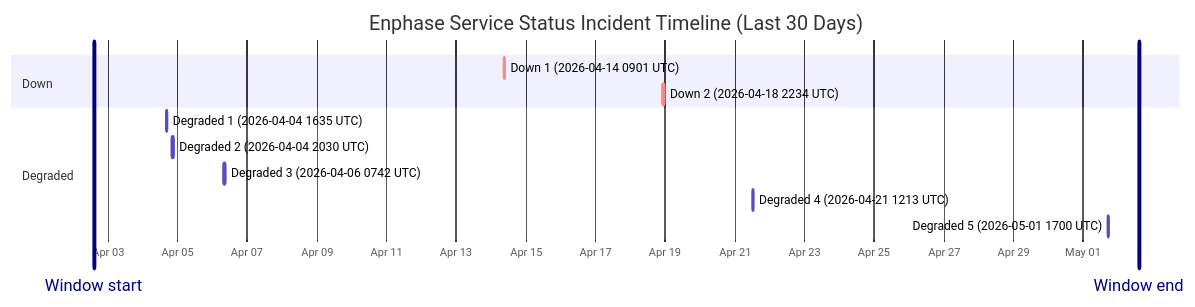
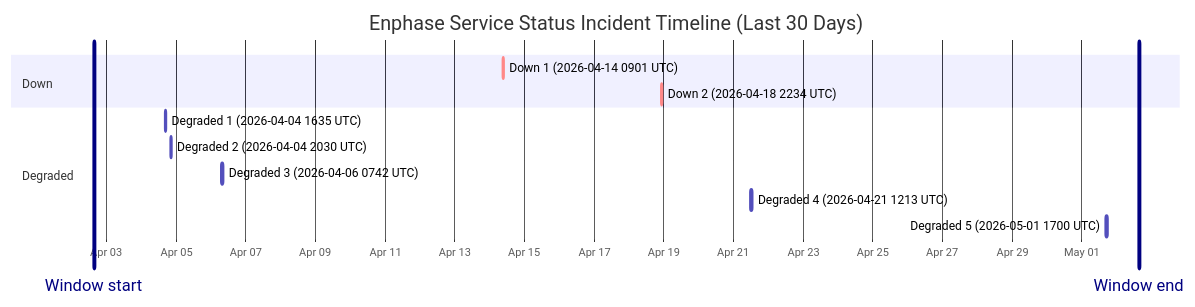
One commit to barneyonline/ha-enphase-ev-charger changed the diagram in wiki/Service-Status-History.md. Above: the diagram before and after it, drawn with Mermaid. The commit also changed other lines of this file and 3 other files, not shown here.

````diff
--- a/wiki/Service-Status-History.md
+++ b/wiki/Service-Status-History.md
@@ -14,17 +14,17 @@
 ```mermaid
 gantt
     title Enphase Service Status Incident Timeline (Last 30 Days)
     dateFormat  YYYY-MM-DDTHH:mm:ss
     axisFormat  %b %d
-    Window start :vert, window-start, 2026-04-02T14:29:44, 0ms
-    Window end :vert, window-end, 2026-05-02T14:29:44, 0ms
+    Window start :vert, window-start, 2026-04-02T15:25:14, 0ms
+    Window end :vert, window-end, 2026-05-02T15:25:14, 0ms
     section Down
     Down 1 (2026-04-14 0901 UTC) :crit, down-1, 2026-04-14T09:01:13, 60m
     Down 2 (2026-04-18 2234 UTC) :crit, down-2, 2026-04-18T22:34:13, 60m
     section Degraded
     Degraded 1 (2026-04-04 1635 UTC) :active, degraded-1, 2026-04-04T16:35:17, 60m
     Degraded 2 (2026-04-04 2030 UTC) :active, degraded-2, 2026-04-04T20:30:40, 60m
     Degraded 3 (2026-04-06 0742 UTC) :active, degraded-3, 2026-04-06T07:42:09, 85m
     Degraded 4 (2026-04-21 1213 UTC) :active, degraded-4, 2026-04-21T12:13:11, 60m
     Degraded 5 (2026-05-01 1700 UTC) :active, degraded-5, 2026-05-01T17:00:22, 60m
 ```
````
